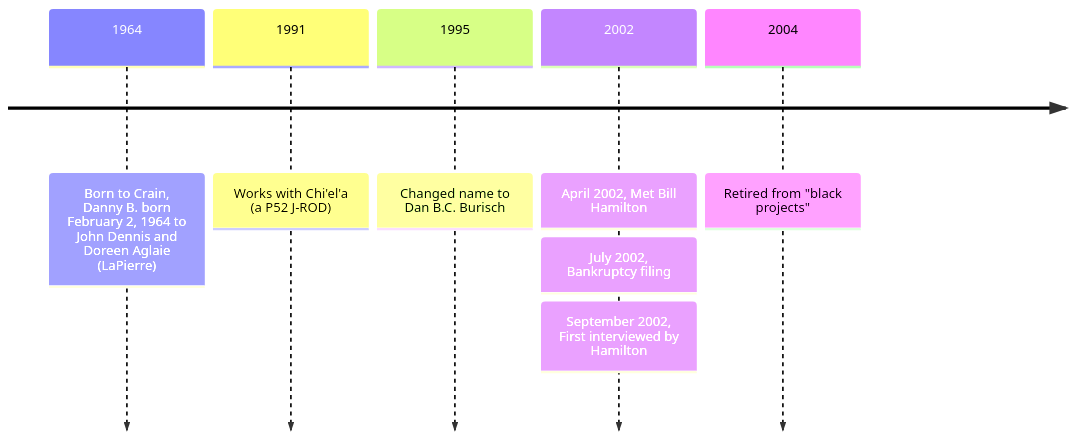
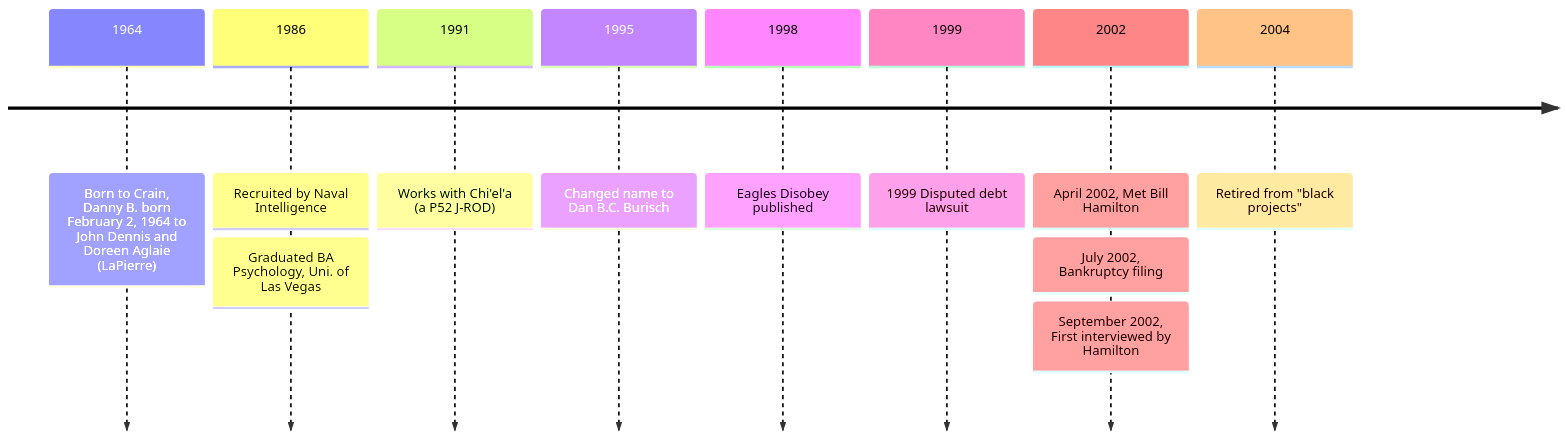
Before and after one commit to Black-Star-Institute/blackstar.github.io: the diagram in docs/people/burisch_dan.md, drawn with Mermaid. The commit also changed other lines of this file, not shown here.

````diff
--- a/docs/people/burisch_dan.md
+++ b/docs/people/burisch_dan.md
@@ -50,10 +57,14 @@
 ```mermaid
 timeline
     1964 : Born to Crain, Danny B. born February 2, 1964 to John Dennis and Doreen Aglaie (LaPierre)
+    1986 : Recruited by Naval Intelligence
+         : Graduated BA Psychology, Uni. of Las Vegas
     1991 : Works with Chi'el'a (a P52 J-ROD)
     1995 : Changed name to Dan B.C. Burisch
+    1998 : Eagles Disobey published
+    1999 : 1999 Disputed debt lawsuit
     2002 : April 2002, Met Bill Hamilton
          : July 2002, Bankruptcy filing
          : September 2002, First interviewed by Hamilton
     2004 : Retired from "black projects"
 ```
````
